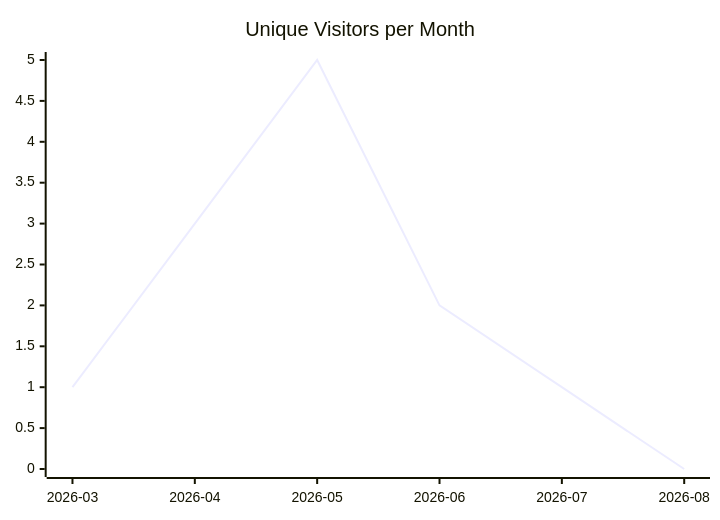
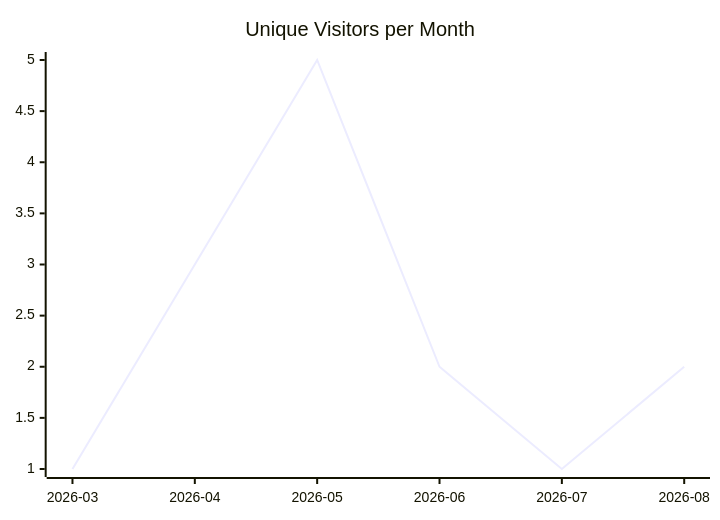
One commit to justdavis-family/github-analytics-data changed the first of 3 diagrams in justdavis-family/justdavis/README.md. Above: the diagram before and after it, drawn with Mermaid. The commit also changed other lines of this file and 156 other files, not shown here.

````diff
--- a/justdavis-family/justdavis/README.md
+++ b/justdavis-family/justdavis/README.md
@@ -5,6 +5,6 @@
 ```mermaid
 xychart-beta
   title "Unique Visitors per Month"
   x-axis ["2026-03", "2026-04", "2026-05", "2026-06", "2026-07", "2026-08"]
-  line [1, 3, 5, 2, 1, 0]
+  line [1, 3, 5, 2, 1, 2]
 ```
````
